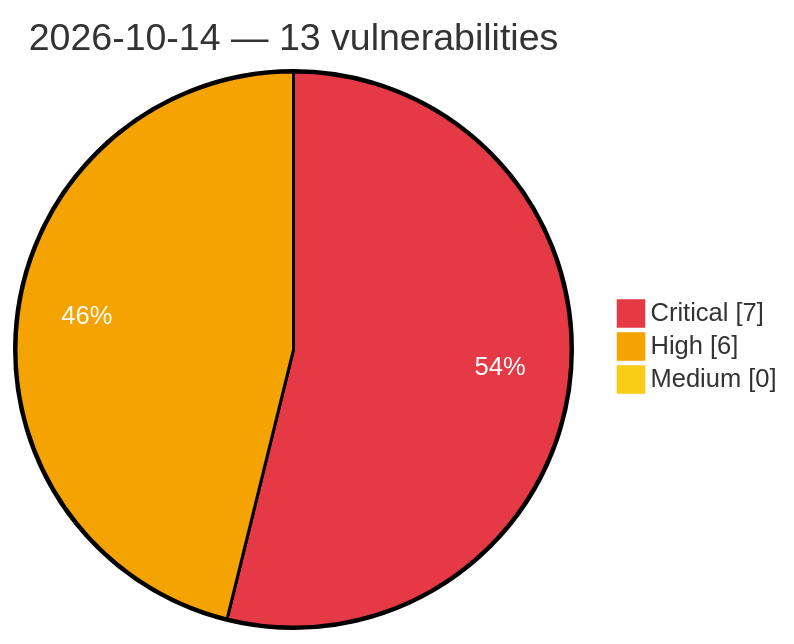
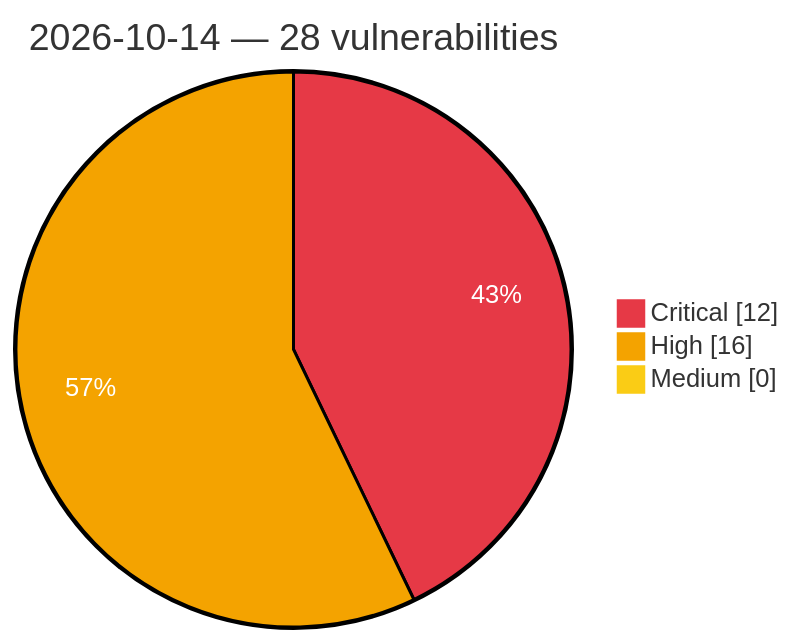
One commit to GhostX0X/vuln-tracker changed the diagram in vulnerabilities/2026/October/2026-10-14.md. Above: the diagram before and after it, drawn with Mermaid. The commit also changed other lines of this file and 5 other files, not shown here.

Commit message:
Auto update: critical/high vulns (2026-10-14 10:12 UTC)

````diff
--- a/vulnerabilities/2026/October/2026-10-14.md
+++ b/vulnerabilities/2026/October/2026-10-14.md
@@ -3,8 +3,8 @@
 ```mermaid
 %%{init: {'theme':'base', 'themeVariables': {'pie1':'#e63946', 'pie2':'#f4a300', 'pie3':'#facc15', 'pieOpacity':'1', 'pieOuterStrokeWidth':'2px', 'pieSectionTextColor':'#ffffff'}}}%%
 pie showData
-    title 2026-10-14 — 13 vulnerabilities
-    "Critical" : 7
-    "High" : 6
+    title 2026-10-14 — 28 vulnerabilities
+    "Critical" : 12
+    "High" : 16
     "Medium" : 0
 ```
````
